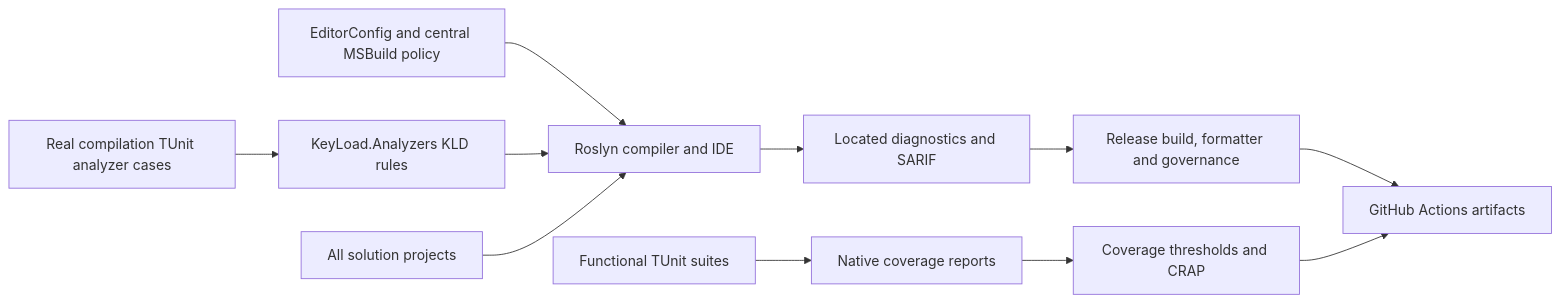
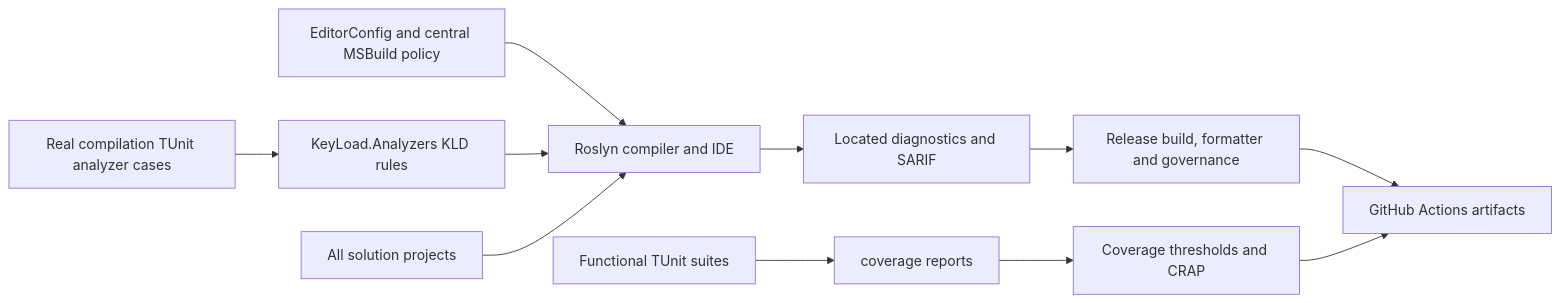
One commit to managedcode/KeyLoad changed the diagram in docs/Features/CodeQuality.md. Above: the diagram before and after it, drawn with Mermaid. The commit also changed other lines of this file and 9016 other files, not shown here.

````diff
--- a/docs/Features/CodeQuality.md
+++ b/docs/Features/CodeQuality.md
@@ -35,13 +35,13 @@
 ```mermaid
 flowchart LR
     Config[EditorConfig and central MSBuild policy] --> Compiler[Roslyn compiler and IDE]
     Rules[KeyLoad.Analyzers KLD rules] --> Compiler
     Sources[All solution projects] --> Compiler
     Compiler --> Findings[Located diagnostics and SARIF]
     Findings --> Gates[Release build, formatter and governance]
     Tests[Real compilation TUnit analyzer cases] --> Rules
-    Functional[Functional TUnit suites] --> Coverage[Native coverage reports]
+    Functional[Functional TUnit suites] --> Coverage[coverage reports]
     Coverage --> Metrics[Coverage thresholds and CRAP]
     Gates --> CI[GitHub Actions artifacts]
     Metrics --> CI
 ```
````
